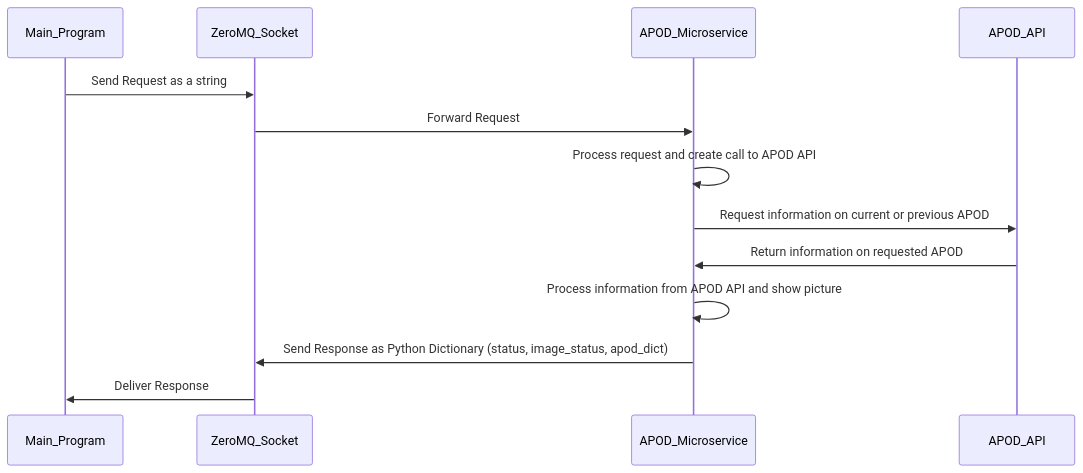
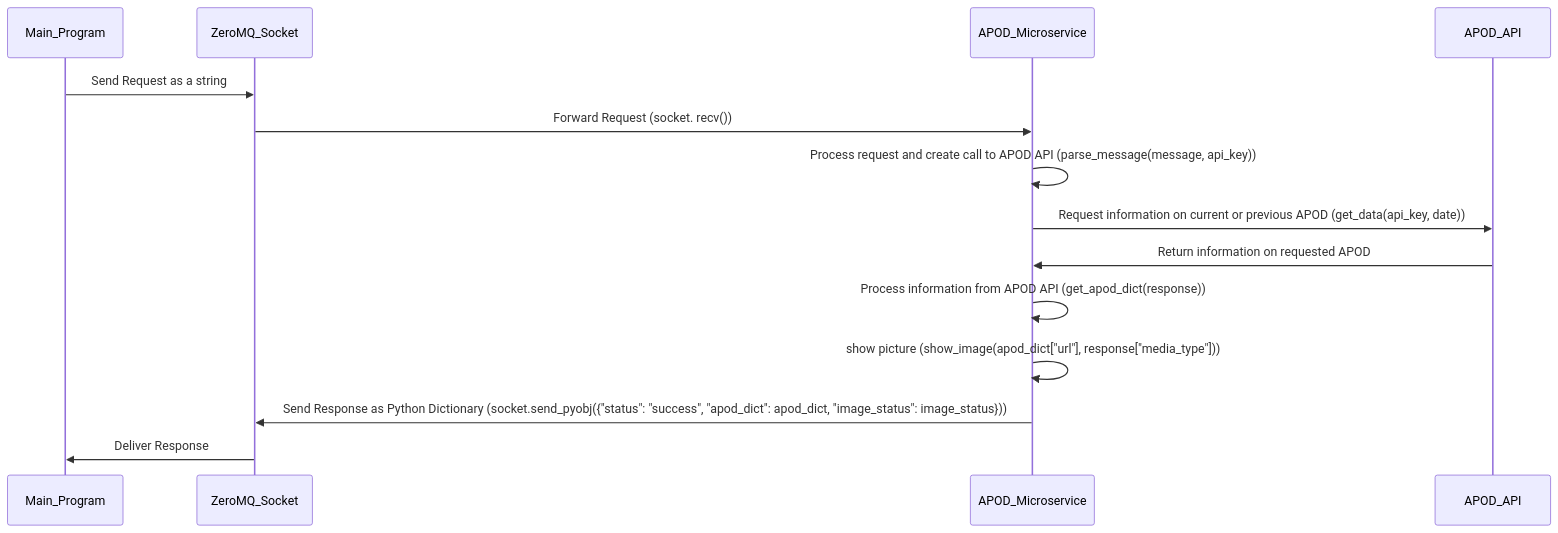
One commit to mbarnestech/CS361-APOD changed the first of 2 diagrams in README.md. Above: the diagram before and after it, drawn with Mermaid. The commit also changed other lines of this file, not shown here.

Commit message:
Update mermaid diagram

````diff
--- a/README.md
+++ b/README.md
@@ -86,16 +86,17 @@
 ```mermaid
 sequenceDiagram
     participant Main_Program
     participant ZeroMQ_Socket
     participant APOD_Microservice
     participant APOD_API
     
     Main_Program->>ZeroMQ_Socket: Send Request as a string
-    ZeroMQ_Socket->>APOD_Microservice: Forward Request
-    APOD_Microservice->>APOD_Microservice: Process request and create call to APOD API
-    APOD_Microservice->>APOD_API: Request information on current or previous APOD
+    ZeroMQ_Socket->>APOD_Microservice: Forward Request (socket. recv())
+    APOD_Microservice->>APOD_Microservice: Process request and create call to APOD API (parse_message(message, api_key))
+    APOD_Microservice->>APOD_API: Request information on current or previous APOD (get_data(api_key, date))
     APOD_API->>APOD_Microservice: Return information on requested APOD
-    APOD_Microservice->>APOD_Microservice: Process information from APOD API and show picture
-    APOD_Microservice->>ZeroMQ_Socket: Send Response as Python Dictionary (status, image_status, apod_dict)
+    APOD_Microservice->>APOD_Microservice: Process information from APOD API (get_apod_dict(response))
+    APOD_Microservice->>APOD_Microservice: show picture (show_image(apod_dict["url"], response["media_type"]))
+    APOD_Microservice->>ZeroMQ_Socket: Send Response as Python Dictionary (socket.send_pyobj({"status": "success", "apod_dict": apod_dict, "image_status": image_status}))
     ZeroMQ_Socket->>Main_Program: Deliver Response
 ```
````
